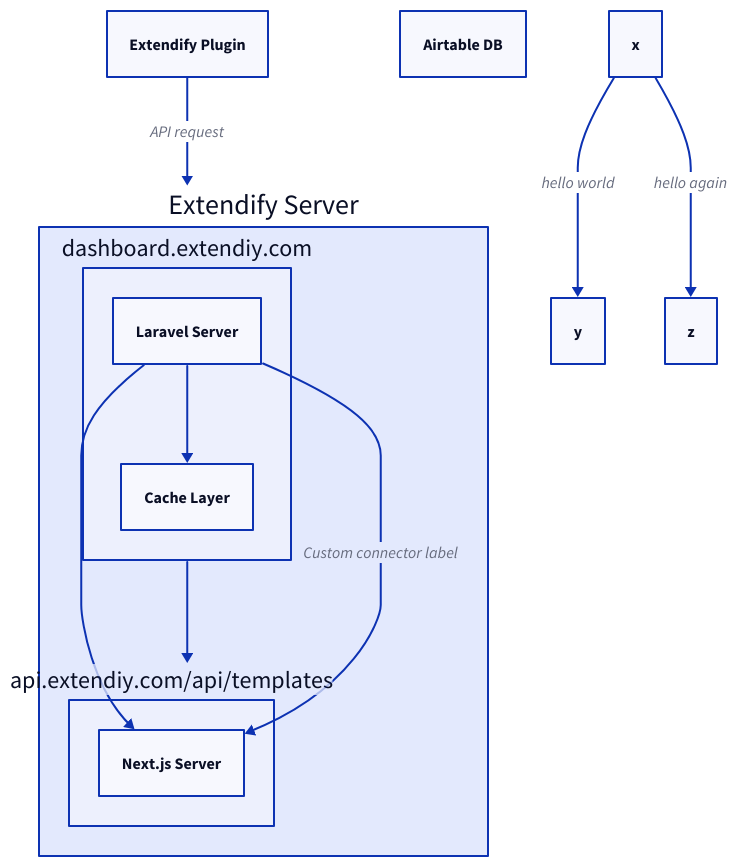
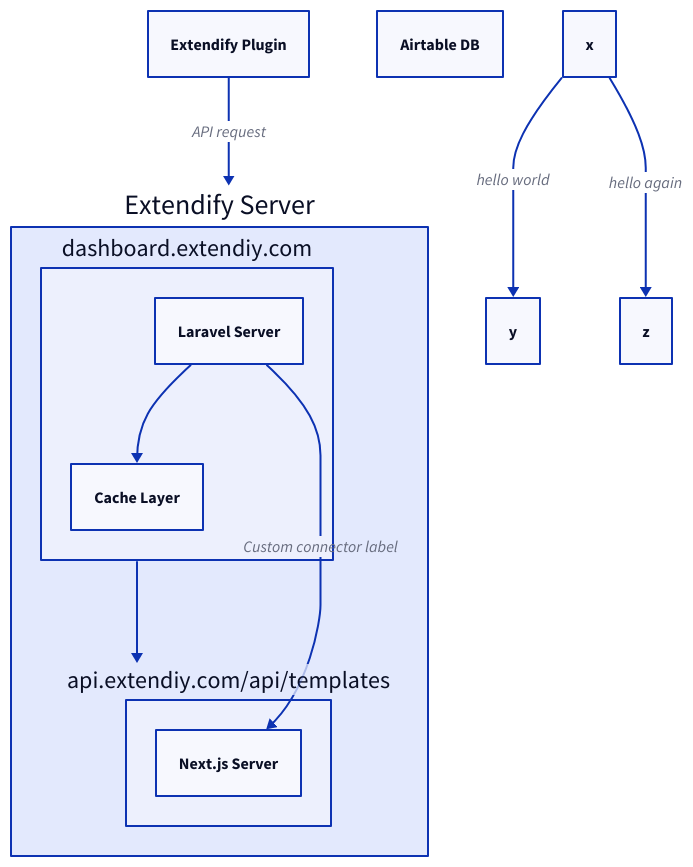
Before and after one commit to dgwyer/myapp: the diagram in d2/file.d2, drawn with D2.

Commit message:
try to render

```diff
--- a/d2/file.d2
+++ b/d2/file.d2
@@ -1,28 +1,28 @@
 a: Extendify Plugin
 e: Airtable DB
 
 extendifyServer: {
   label: Extendify Server
 
   dashboardServer: {
     label: dashboard.extendiy.com
     ls: Laravel Server
     cl: Cache Layer
 
     ls -> cl
   }
 
   apiServer:  {
     label: api.extendiy.com/api/templates
     nj: Next.js Server
 
-    _.dashboardServer.ls -> nj
+    #_.dashboardServer.ls -> nj
   }
 
   dashboardServer -> apiServer
   dashboardServer.ls -> apiServer.nj : Custom connector label
 }
 
 a -> extendifyServer: API request
 x -> y: hello world
 x -> z: hello again
```
